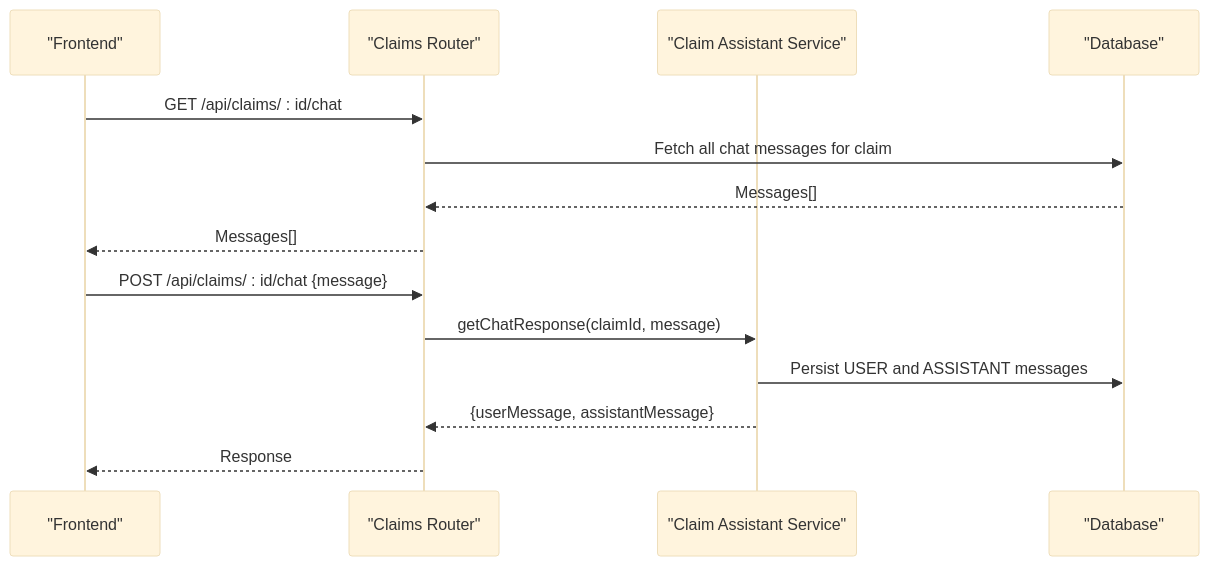
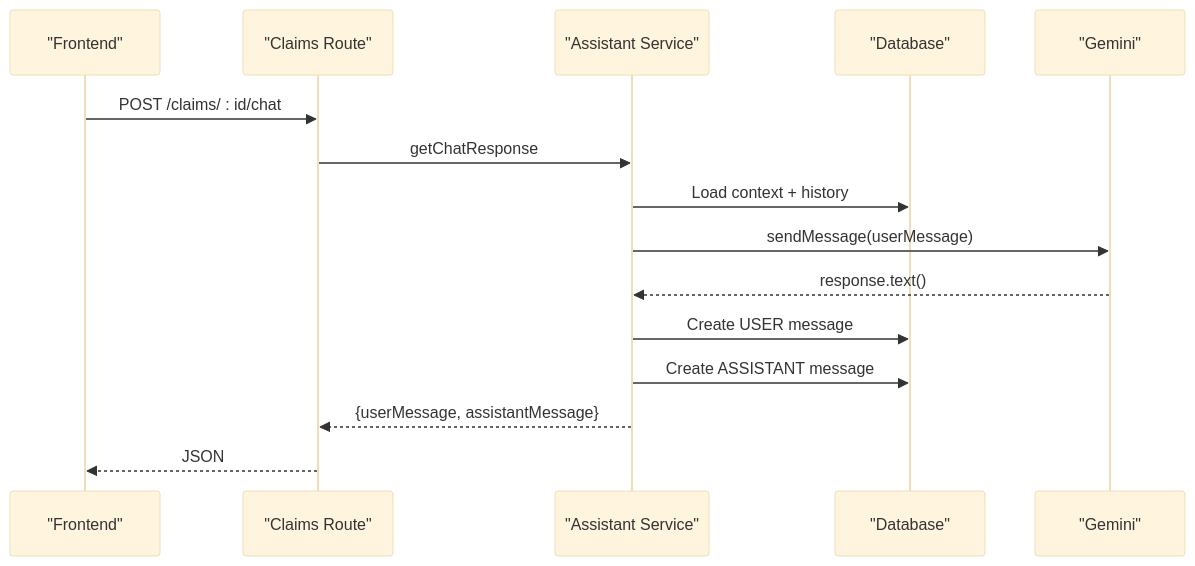
Before and after one commit to NaveenHiranya/Smart-Vehicle-Insurance-Claim-System: the fifth of 8 diagrams in .qoder/repowiki/en/content/AI Services Integration/Claim Assistant Chat Service.md, drawn with Mermaid (base theme). The commit also changed other lines of this file and 183 other files, not shown here.

````diff
--- a/.qoder/repowiki/en/content/AI Services Integration/Claim Assistant Chat Service.md
+++ b/.qoder/repowiki/en/content/AI Services Integration/Claim Assistant Chat Service.md
@@ -231,16 +167,17 @@
 ```mermaid
 sequenceDiagram
 participant FE as "Frontend"
-participant RT as "Claims Router"
-participant AS as "Claim Assistant Service"
+participant RT as "Claims Route"
+participant AS as "Assistant Service"
 participant DB as "Database"
-FE->>RT : GET /api/claims/ : id/chat
-RT->>DB : Fetch all chat messages for claim
-DB-->>RT : Messages[]
-RT-->>FE : Messages[]
-FE->>RT : POST /api/claims/ : id/chat {message}
-RT->>AS : getChatResponse(claimId, message)
-AS->>DB : Persist USER and ASSISTANT messages
+participant GM as "Gemini"
+FE->>RT : POST /claims/ : id/chat
+RT->>AS : getChatResponse
+AS->>DB : Load context + history
+AS->>GM : sendMessage(userMessage)
+GM-->>AS : response.text()
+AS->>DB : Create USER message
+AS->>DB : Create ASSISTANT message
 AS-->>RT : {userMessage, assistantMessage}
-RT-->>FE : Response
+RT-->>FE : JSON
 ```
````
